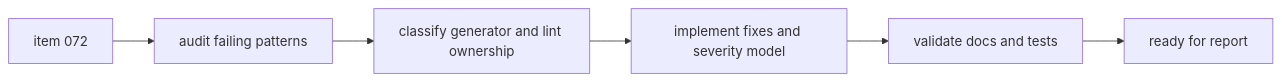
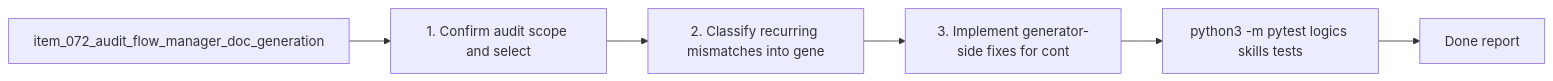
The diagram in logics/tasks/task_075_orchestration_delivery_for_req_060_flow_manager_generation_and_doc_linter_calibration.md (AlexAgo83/logics-manager), drawn with Mermaid before and after one commit. The commit also changed other lines of this file and 481 other files, not shown here.

````diff
--- a/logics/tasks/task_075_orchestration_delivery_for_req_060_flow_manager_generation_and_doc_linter_calibration.md
+++ b/logics/tasks/task_075_orchestration_delivery_for_req_060_flow_manager_generation_and_doc_linter_calibration.md
@@ -21,9 +21,10 @@
 ```mermaid
+%% logics-kind: task
 %% logics-signature: task|orchestration-delivery-for-req-060-flow-|item-072-audit-flow-manager-doc-generati|1-confirm-audit-scope-and-select|python3-m-pytest-logics-skills-tests
 flowchart LR
-    Backlog[item 072] --> Audit[audit failing patterns]
-    Audit --> Decide[classify generator and lint ownership]
-    Decide --> Calibrate[implement fixes and severity model]
-    Calibrate --> Validate[validate docs and tests]
-    Validate --> Report[ready for report]
+    Backlog[item_072_audit_flow_manager_doc_generation] --> Step1[1. Confirm audit scope and select]
+    Step1 --> Step2[2. Classify recurring mismatches into gene]
+    Step2 --> Step3[3. Implement generator-side fixes for cont]
+    Step3 --> Validation[python3 -m pytest logics skills tests]
+    Validation --> Report[Done report]
 ```
````
